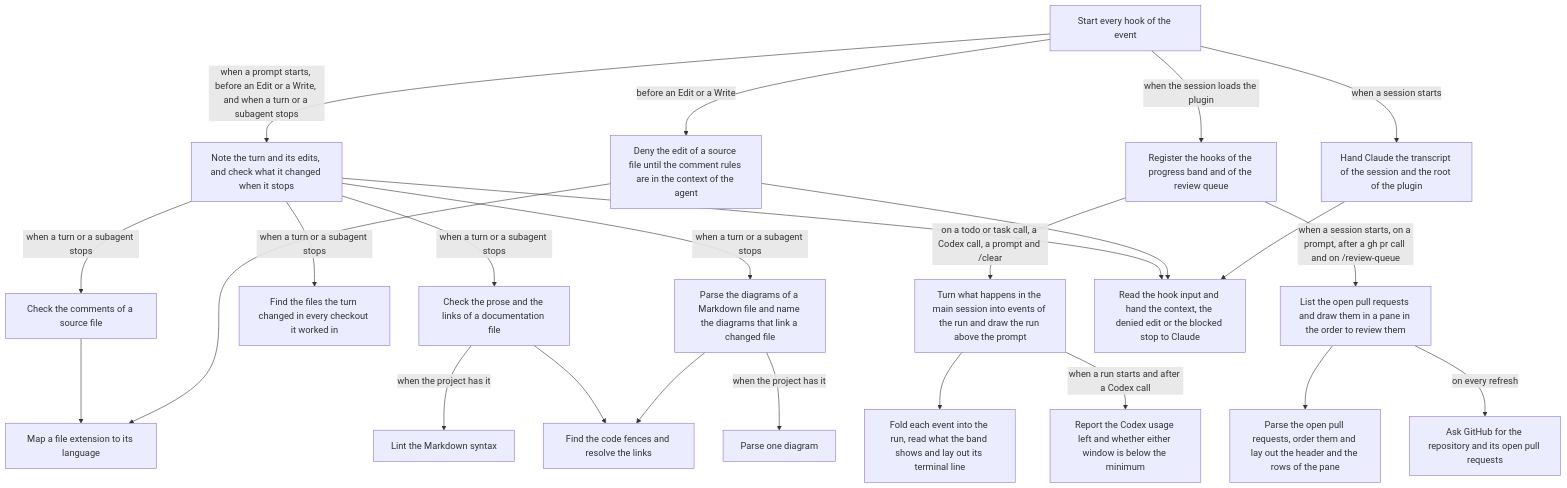
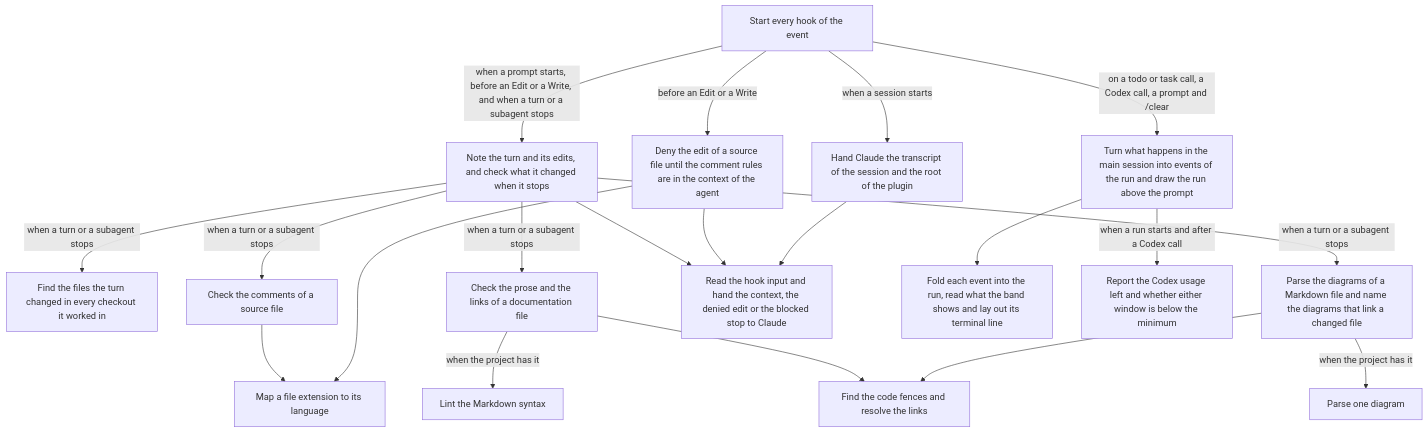
The diagram in hooks/README.md (renefatuaki/skills), drawn with Mermaid before and after one commit. The commit also changed other lines of this file and 13 other files, not shown here.

First line of the commit message:
feat(review-queue): show the open pull requests as a table in review order instead of a pane

````diff
--- a/hooks/README.md
+++ b/hooks/README.md
@@ -5,28 +5,24 @@
 ```mermaid
 flowchart TD
-  accTitle: What happens when a session starts, while a turn runs, while Claude works through a todo list, and when the pull requests of the repository change?
+  accTitle: What happens when a session starts, while a turn runs, and while Claude works through a todo list?
   hooksJson["Start every hook of the event"]
   hooksJson -->|"when a session starts"| sessionContext["Hand Claude the transcript of the session and the root of the plugin"]
   hooksJson -->|"before an Edit or a Write"| loadCommentRules["Deny the edit of a source file until the comment rules are in the context of the agent"]
   hooksJson -->|"when a prompt starts, before an Edit or a Write, and when a turn or a subagent stops"| checkTurn["Note the turn and its edits, and check what it changed when it stops"]
-  hooksJson -->|"when the session loads the plugin"| module["Register the hooks of the progress band and of the review queue"]
-  module -->|"on a todo or task call, a Codex call, a prompt and /clear"| progress["Turn what happens in the main session into events of the run and draw the run above the prompt"]
-  module -->|"when a session starts, on a prompt, after a gh pr call and on /review-queue"| reviewQueue["List the open pull requests and draw them in a pane in the order to review them"]
+  hooksJson -->|"on a todo or task call, a Codex call, a prompt and /clear"| progress["Turn what happens in the main session into events of the run and draw the run above the prompt"]
   checkTurn -->|"when a turn or a subagent stops"| changes["Find the files the turn changed in every checkout it worked in"]
   checkTurn -->|"when a turn or a subagent stops"| comments["Check the comments of a source file"]
   checkTurn -->|"when a turn or a subagent stops"| docs["Check the prose and the links of a documentation file"]
   checkTurn -->|"when a turn or a subagent stops"| diagrams["Parse the diagrams of a Markdown file and name the diagrams that link a changed file"]
   docs -->|"when the project has it"| markdownlint["Lint the Markdown syntax"]
   diagrams -->|"when the project has it"| mermaid["Parse one diagram"]
   docs --> markdown["Find the code fences and resolve the links"]
   diagrams --> markdown
   comments --> languages["Map a file extension to its language"]
   loadCommentRules --> languages
   checkTurn --> hook["Read the hook input and hand the context, the denied edit or the blocked stop to Claude"]
   loadCommentRules --> hook
   sessionContext --> hook
   progress --> run["Fold each event into the run, read what the band shows and lay out its terminal line"]
-  reviewQueue --> order["Parse the open pull requests, order them and lay out the header and the rows of the pane"]
-  reviewQueue -->|"on every refresh"| gh["Ask GitHub for the repository and its open pull requests"]
   progress -->|"when a run starts and after a Codex call"| codexModel["Report the Codex usage left and whether either window is below the minimum"]
 ```
````
